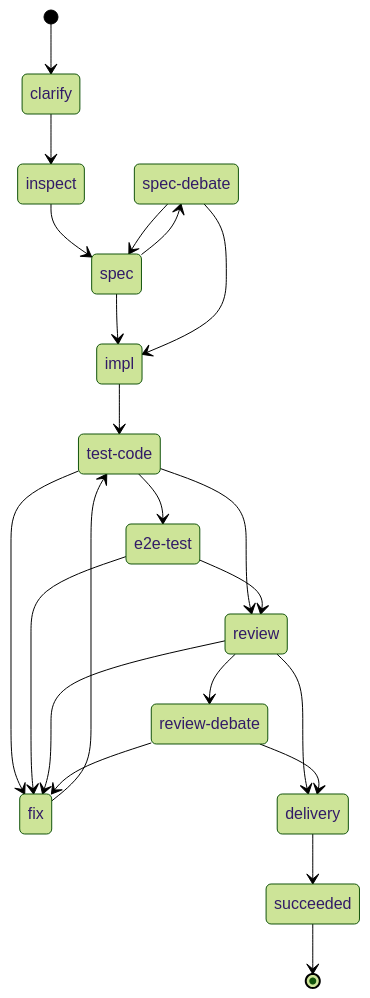
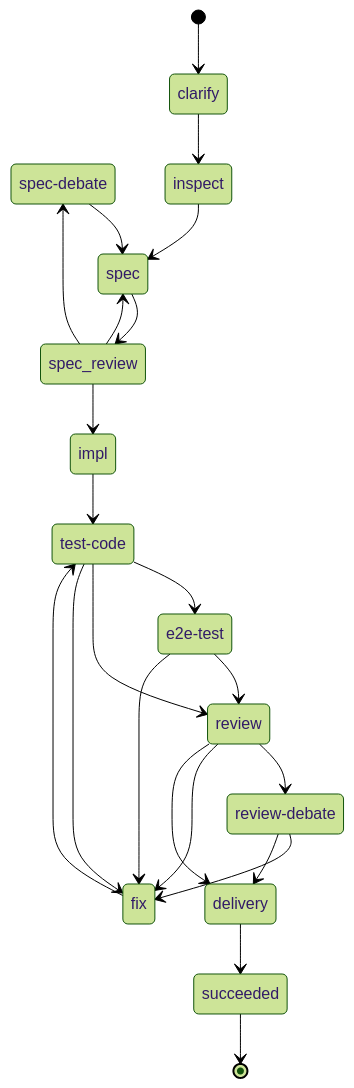
One commit to vancsj/bootgear changed the second of 2 diagrams in plugins/engine/README.md. Above: the diagram before and after it, drawn with Mermaid (forest theme). The commit also changed other lines of this file and 41 other files, not shown here.

Commit message:
ENGINE: add independent spec review workflow

````diff
--- a/plugins/engine/README.md
+++ b/plugins/engine/README.md
@@ -61,28 +61,29 @@
 ```mermaid
 stateDiagram-v2
     state "spec-debate" as spec_debate
     state "test-code" as test_code
     state "e2e-test" as e2e_test
     state "review-debate" as review_debate
     [*] --> clarify
     clarify --> inspect
     inspect --> spec
-    spec --> spec_debate
-    spec --> impl
+    spec --> spec_review
+    spec_review --> spec
+    spec_review --> spec_debate
+    spec_review --> impl
     spec_debate --> spec
-    spec_debate --> impl
     impl --> test_code
     test_code --> e2e_test
     test_code --> review
     test_code --> fix
     e2e_test --> review
     e2e_test --> fix
     fix --> test_code
     review --> review_debate
     review --> fix
     review --> delivery
     review_debate --> fix
     review_debate --> delivery
     delivery --> succeeded
     succeeded --> [*]
 ```
````
